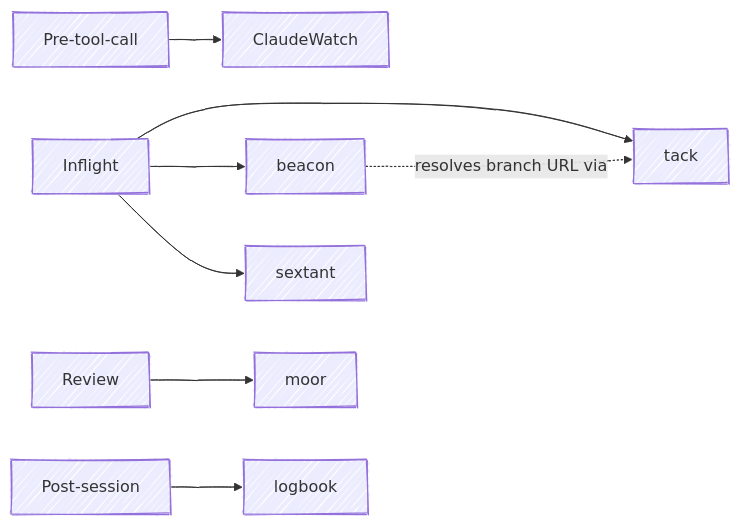
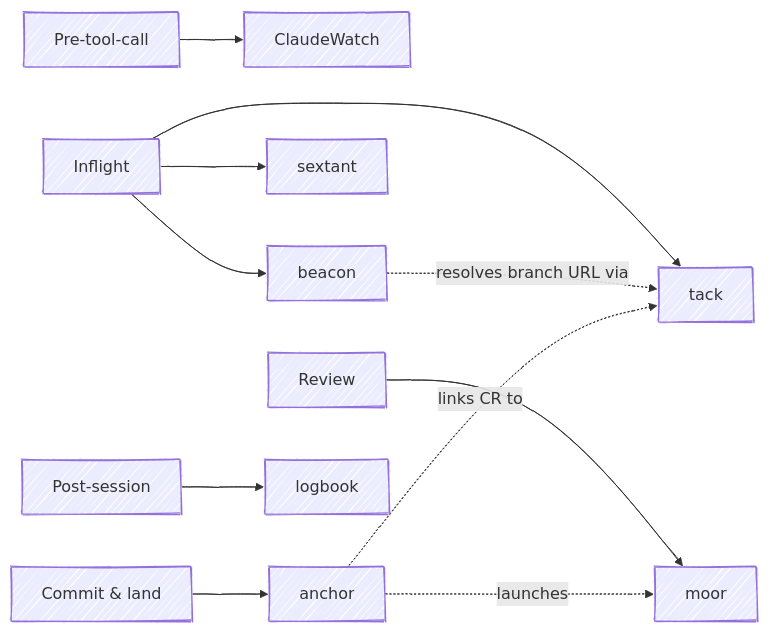
Before and after one commit to chris-peterson/claude-marketplace: the diagram in docs/relationships.md, drawn with Mermaid. The commit also changed other lines of this file and 1 other file, not shown here.

First line of the commit message:
Add anchor to the marketplace docs site

````diff
--- a/docs/relationships.md
+++ b/docs/relationships.md
@@ -18,12 +19,15 @@
 ```mermaid
 %%{ init: { 'look': 'handDrawn' } }%%
 flowchart LR
     Pre[Pre-tool-call] --> CW[ClaudeWatch]
     Inflight[Inflight] --> Tack[tack]
     Inflight --> Beacon[beacon]
     Inflight --> Sextant[sextant]
     Review[Review] --> Moor[moor]
+    Land[Commit & land] --> Anchor[anchor]
     Post[Post-session] --> Logbook[logbook]
 
     Beacon -. resolves branch URL via .-> Tack
+    Anchor -. launches .-> Moor
+    Anchor -. links CR to .-> Tack
 ```
````
